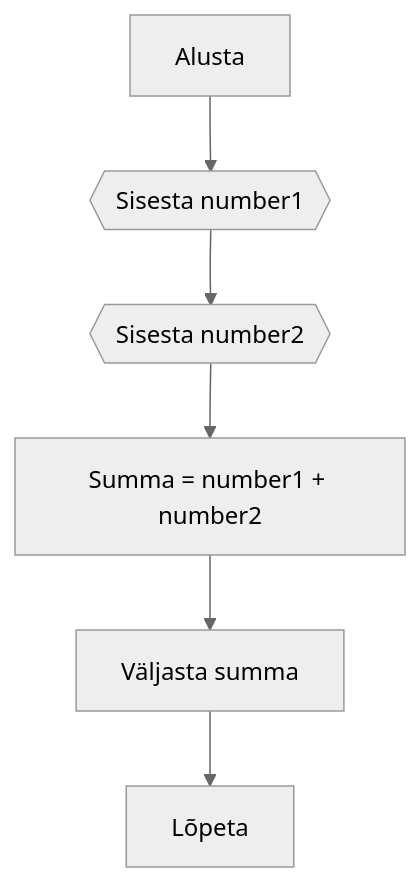
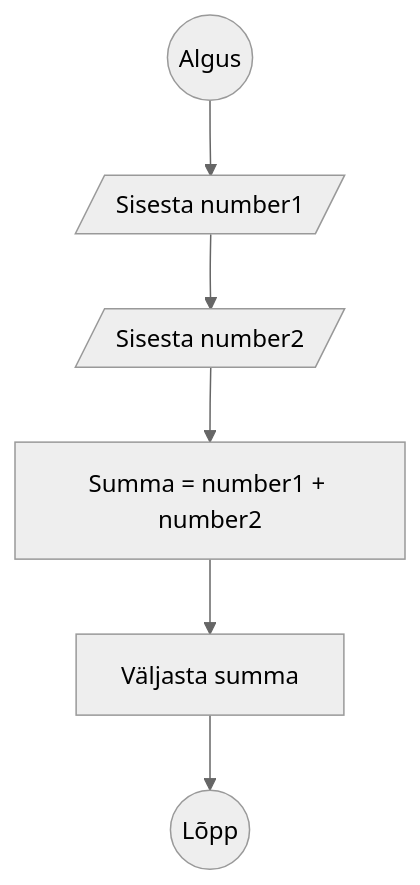
Before and after one commit to HK-Mikrokraadid/Veebiarendus: the first of 3 diagrams in Subjects/Programming-Basics/Topics/Algorithms/README.md, drawn with Mermaid (neutral theme). The commit also changed other lines of this file and 10 other files, not shown here.

````diff
--- a/Subjects/Programming-Basics/Topics/Algorithms/README.md
+++ b/Subjects/Programming-Basics/Topics/Algorithms/README.md
@@ -69,8 +69,8 @@
 ```mermaid
 graph TD;
-    A[Alusta] --> B{{Sisesta number1}};
-    B --> C{{Sisesta number2}};
+    A((Algus)) --> B[/Sisesta number1/];
+    B --> C[/Sisesta number2/];
     C --> D[Summa = number1 + number2];
     D --> E[Väljasta summa];
-    E --> F[Lõpeta];
+    E --> F((Lõpp));
 ```
````
